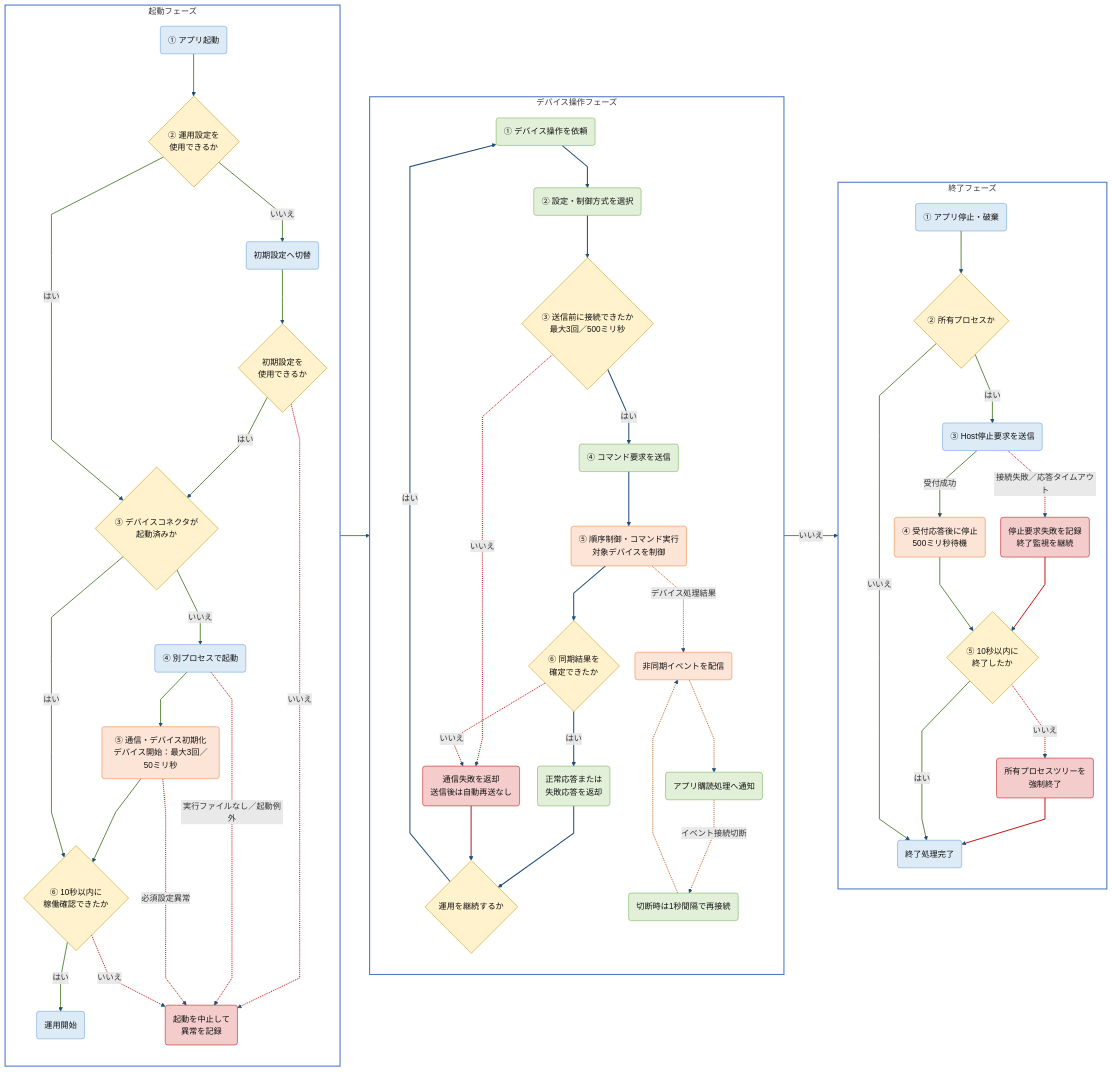
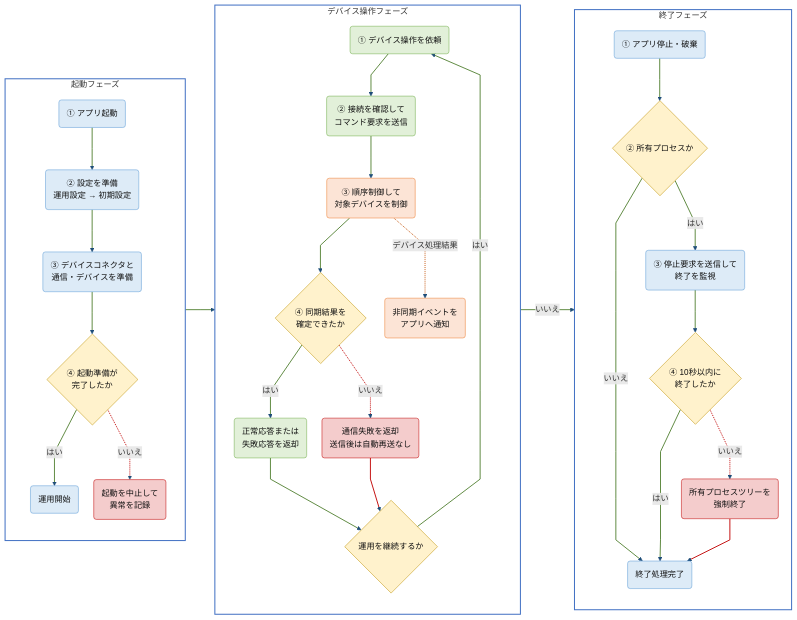
The third of 3 diagrams in artifacts/reports/architecture/ARCH-HOST-01_タブレットPOS_デバイスコネクタ基本設計書/ARCH-HOST-01_タブレットPOS_デバイスコネクタ基本設計書.md (vti-sam/smj-ks-pos-stored), drawn with Mermaid before and after one commit. The commit also changed other lines of this file and 31 other files, not shown here.

````diff
--- a/artifacts/reports/architecture/ARCH-HOST-01_タブレットPOS_デバイスコネクタ基本設計書/ARCH-HOST-01_タブレットPOS_デバイスコネクタ基本設計書.md
+++ b/artifacts/reports/architecture/ARCH-HOST-01_タブレットPOS_デバイスコネクタ基本設計書/ARCH-HOST-01_タブレットPOS_デバイスコネクタ基本設計書.md
@@ -394,92 +398,70 @@
     subgraph START["起動フェーズ"]
         direction TB
         S1("① アプリ起動")
-        S2{"② 運用設定を<br/>使用できるか"}
-        S3("初期設定へ切替")
-        S4{"初期設定を<br/>使用できるか"}
-        S5{"③ デバイスコネクタが<br/>起動済みか"}
-        S6("④ 別プロセスで起動")
-        S7("⑤ 通信・デバイス初期化<br/>デバイス開始：最大3回／50ミリ秒")
-        S8{"⑥ 10秒以内に<br/>稼働確認できたか"}
-        S9("運用開始")
+        S2("② 設定を準備<br/>運用設定 → 初期設定")
+        S3("③ デバイスコネクタと<br/>通信・デバイスを準備")
+        S4{"④ 起動準備が<br/>完了したか"}
+        S5("運用開始")
         START_ERROR("起動を中止して<br/>異常を記録")
 
-        S1 --> S2
-        S2 -->|はい| S5
-        S2 -->|いいえ| S3 --> S4
+        S1 --> S2 --> S3 --> S4
         S4 -->|はい| S5
         S4 -.->|いいえ| START_ERROR
-        S5 -->|はい| S8
-        S5 -->|いいえ| S6 --> S7 --> S8
-        S8 -->|はい| S9
-        S8 -.->|いいえ| START_ERROR
     end
 
     subgraph OPERATION["デバイス操作フェーズ"]
         direction TB
         O1("① デバイス操作を依頼")
-        O2("② 設定・制御方式を選択")
-        O3{"③ 送信前に接続できたか<br/>最大3回／500ミリ秒"}
-        O4("④ コマンド要求を送信")
-        O5("⑤ 順序制御・コマンド実行<br/>対象デバイスを制御")
-        O6{"⑥ 同期結果を<br/>確定できたか"}
-        O7("正常応答または<br/>失敗応答を返却")
+        O2("② 接続を確認して<br/>コマンド要求を送信")
+        O3("③ 順序制御して<br/>対象デバイスを制御")
+        O4{"④ 同期結果を<br/>確定できたか"}
+        O5("正常応答または<br/>失敗応答を返却")
         COMM_ERROR("通信失敗を返却<br/>送信後は自動再送なし")
-        O8{"運用を継続するか"}
-        EVENT("非同期イベントを配信")
-        NOTIFY("アプリ購読処理へ通知")
-        RECONNECT("切断時は1秒間隔で再接続")
+        O6{"運用を継続するか"}
+        EVENT("非同期イベントを<br/>アプリへ通知")
 
-        O1 --> O2 --> O3
-        O3 -->|はい| O4 --> O5 --> O6
-        O3 -.->|いいえ| COMM_ERROR
-        O6 -->|はい| O7 --> O8
-        O6 -.->|いいえ| COMM_ERROR --> O8
-        O8 -->|はい| O1
-        O5 -.->|デバイス処理結果| EVENT -.-> NOTIFY
-        NOTIFY -.->|イベント接続切断| RECONNECT -.-> EVENT
+        O1 --> O2 --> O3 --> O4
+        O4 -->|はい| O5 --> O6
+        O4 -.->|いいえ| COMM_ERROR --> O6
+        O6 -->|はい| O1
+        O3 -.->|デバイス処理結果| EVENT
     end
 
     subgraph STOP["終了フェーズ"]
         direction TB
         T1("① アプリ停止・破棄")
         T2{"② 所有プロセスか"}
-        T3("③ Host停止要求を送信")
-        T4("④ 受付応答後に停止<br/>500ミリ秒待機")
-        T5{"⑤ 10秒以内に<br/>終了したか"}
-        T6("所有プロセスツリーを<br/>強制終了")
-        T7("終了処理完了")
-        STOP_ERROR("停止要求失敗を記録<br/>終了監視を継続")
+        T3("③ 停止要求を送信して<br/>終了を監視")
+        T4{"④ 10秒以内に<br/>終了したか"}
+        T5("所有プロセスツリーを<br/>強制終了")
+        T6("終了処理完了")
 
         T1 --> T2
-        T2 -->|いいえ| T7
+        T2 -->|いいえ| T6
         T2 -->|はい| T3
-        T3 -->|受付成功| T4 --> T5
-        T3 -.->|接続失敗／応答タイムアウト| STOP_ERROR --> T5
-        T5 -->|はい| T7
-        T5 -.->|いいえ| T6 --> T7
+        T3 --> T4
+        T4 -->|はい| T6
+        T4 -.->|いいえ| T5 --> T6
     end
 
-    S9 --> O1
-    O8 -->|いいえ| T1
-    S6 -.->|実行ファイルなし／起動例外| START_ERROR
-    S7 -.->|必須設定異常| START_ERROR
+    S5 --> O1
+    O6 -->|いいえ| T1
 
     classDef app fill:#DDEBF7,stroke:#5B9BD5,color:#111111
     classDef control fill:#E2F0D9,stroke:#70AD47,color:#111111
     classDef host fill:#FCE4D6,stroke:#ED7D31,color:#111111
     classDef decision fill:#FFF2CC,stroke:#BF9000,color:#111111
     classDef error fill:#F4CCCC,stroke:#C00000,color:#111111
-    class S1,S3,S5,S6,S8,S9,T1,T2,T3,T5,T7 app
-    class O1,O2,O3,O4,O6,O7,O8,NOTIFY,RECONNECT control
-    class S7,O5,EVENT,T4 host
-    class S2,S4,S5,S8,O3,O6,O8,T2,T5 decision
-    class START_ERROR,COMM_ERROR,STOP_ERROR,T6 error
+    class S1,S2,S3,S5,T1,T2,T3,T4,T6 app
+    class O1,O2,O4,O5,O6 control
+    class O3,EVENT host
+    class S4,O4,O6,T2,T4 decision
+    class START_ERROR,COMM_ERROR,T5 error
     style START fill:#FFFFFF,stroke:#4472C4,stroke-width:2px
     style OPERATION fill:#FFFFFF,stroke:#4472C4,stroke-width:2px
     style STOP fill:#FFFFFF,stroke:#4472C4,stroke-width:2px
     linkStyle default stroke:#1F4E79,stroke-width:2px
-    linkStyle 5,11,17,20,21,32,33,35,36,39,40 stroke:#C00000,stroke-width:1.8px
-    linkStyle 23,24,25,26 stroke:#C65911,stroke-width:1.8px
-    linkStyle 0,1,2,3,4,6,7,8,9,10,27,28,29,30,31,34,37,38 stroke:#548235,stroke-width:1.8px
+    linkStyle 4,10,11,19,20 stroke:#C00000,stroke-width:1.8px
+    linkStyle 13 stroke:#C65911,stroke-width:1.8px
+    linkStyle 0,1,2,3,5,6,7,8,9,12,14,15,16,17,18,21,22 stroke:#548235,stroke-width:1.8px
 ```
````
